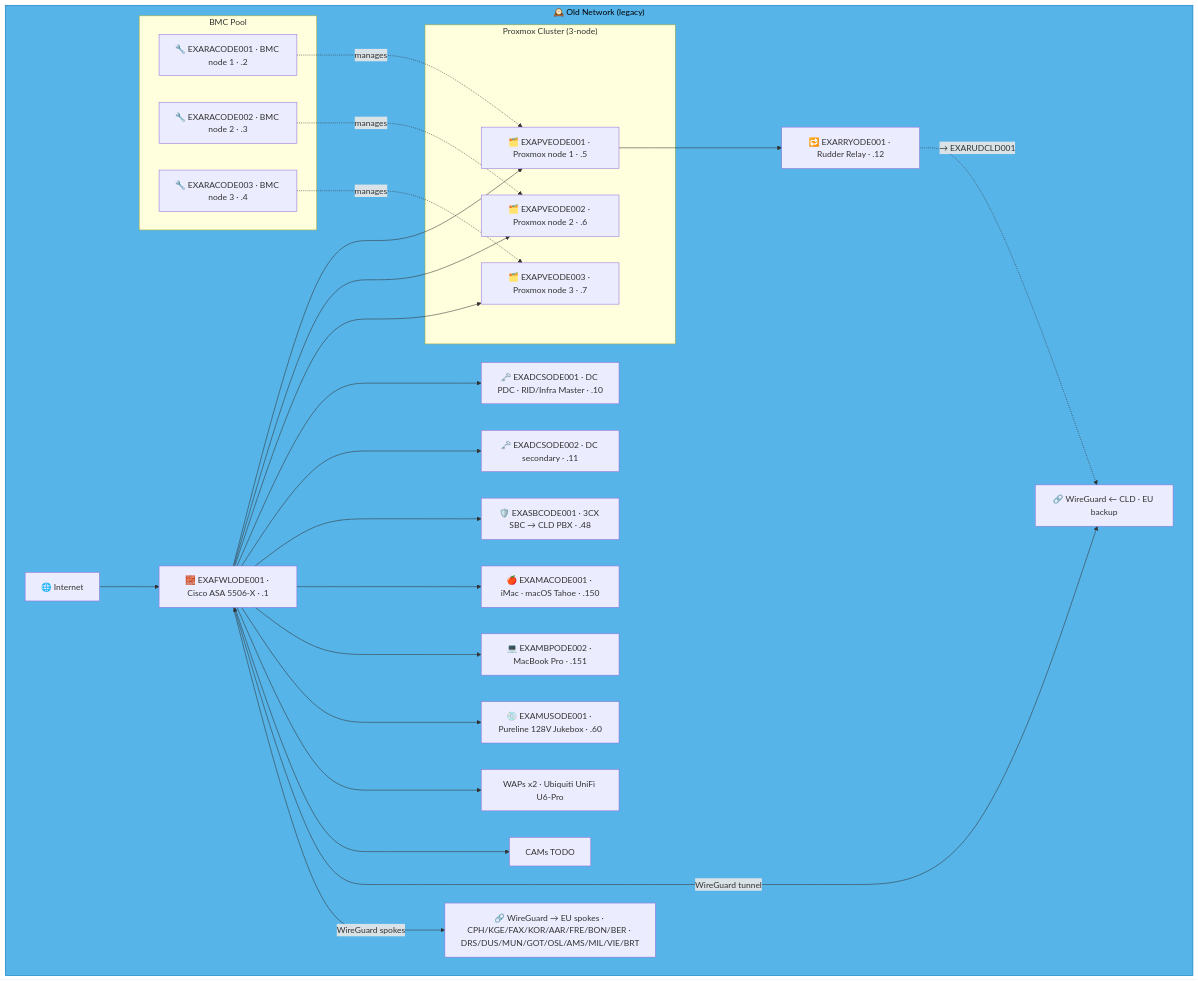
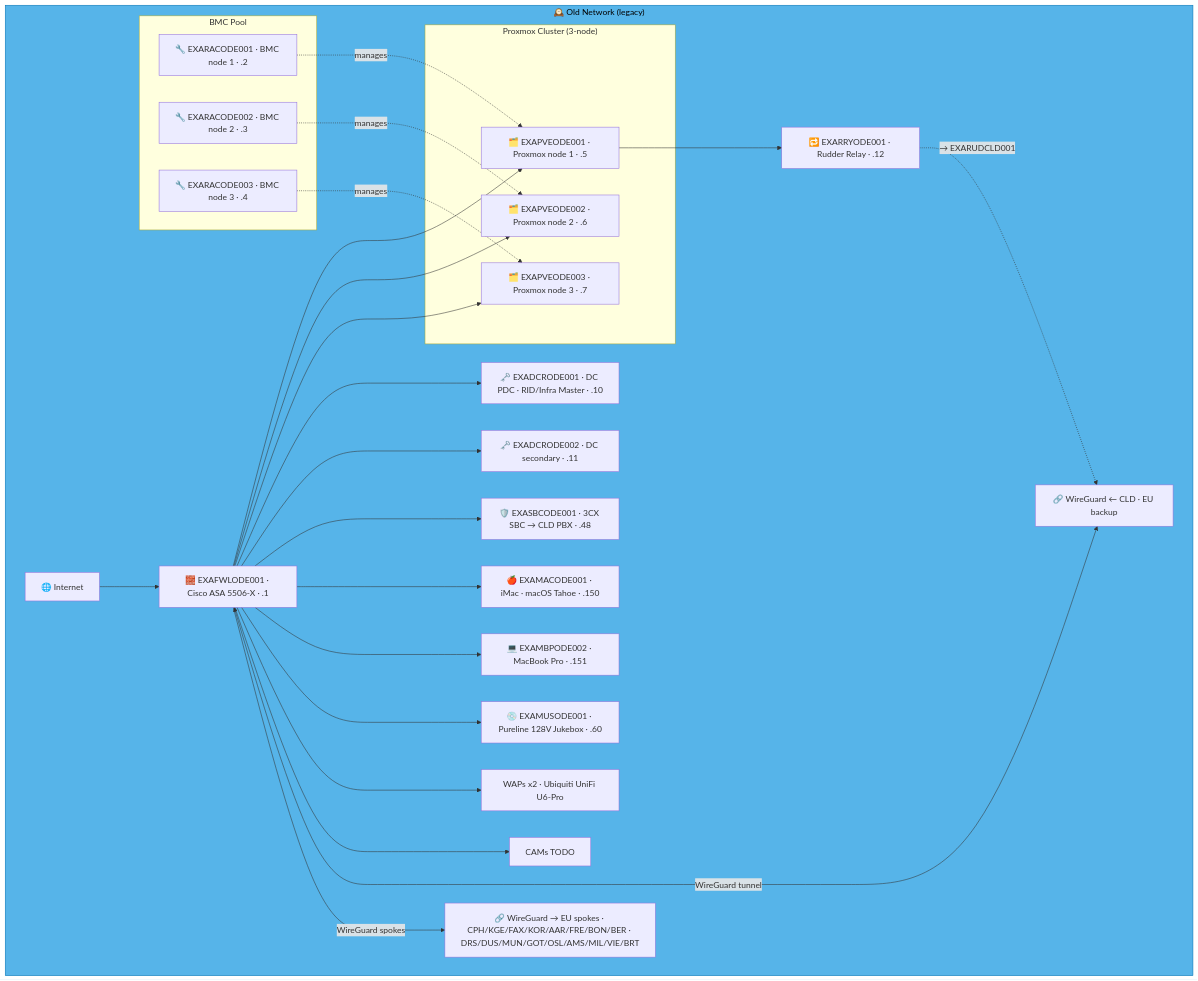
Before and after one commit to knightmare2600/example_music_infra: the fifth of 23 diagrams in docs/network-diagram/danmark.md, drawn with Mermaid. The commit also changed other lines of this file and 8 other files, not shown here.

````diff
--- a/docs/network-diagram/danmark.md
+++ b/docs/network-diagram/danmark.md
@@ -231,45 +219,45 @@
 ```mermaid
 graph TD
     subgraph OLD_ODE ["🕰️ Old Network (legacy)"]
       INET["🌐 Internet"]
       FWL["🧱 EXAFWLODE001 · Cisco ASA 5506-X · .1"]
 
       subgraph BMC ["BMC Pool"]
           RAC1["🔧 EXARACODE001 · BMC node 1 · .2"]
           RAC2["🔧 EXARACODE002 · BMC node 2 · .3"]
           RAC3["🔧 EXARACODE003 · BMC node 3 · .4"]
       end
 
       subgraph PVE ["Proxmox Cluster (3-node)"]
           PVE1["🗂️ EXAPVEODE001 · Proxmox node 1 · .5"]
           PVE2["🗂️ EXAPVEODE002 · Proxmox node 2 · .6"]
           PVE3["🗂️ EXAPVEODE003 · Proxmox node 3 · .7"]
       end
 
-      DC1["🗝️ EXADCSODE001 · DC PDC · RID/Infra Master · .10"]
-      DC2["🗝️ EXADCSODE002 · DC secondary · .11"]
+      DC1["🗝️ EXADCRODE001 · DC PDC · RID/Infra Master · .10"]
+      DC2["🗝️ EXADCRODE002 · DC secondary · .11"]
       SBC["🛡️ EXASBCODE001 · 3CX SBC → CLD PBX · .48"]
       RRY["🔁 EXARRYODE001 · Rudder Relay · .12"]
       MAC["🍎 EXAMACODE001 · iMac · macOS Tahoe · .150"]
       MBP["💻 EXAMBPODE002 · MacBook Pro · .151"]
       JKB["💿 EXAMUSODE001 · Pureline 128V Jukebox · .60"]
       WAP["WAPs x2 · Ubiquiti UniFi U6-Pro"]
       CAM["CAMs TODO"]
       VPN_CLD["🔗 WireGuard ← CLD · EU backup"]
       VPN_EU["🔗 WireGuard → EU spokes · CPH/KGE/FAX/KOR/AAR/FRE/BON/BER · DRS/DUS/MUN/GOT/OSL/AMS/MIL/VIE/BRT"]
 
       INET --> FWL
       FWL --> PVE1 & PVE2 & PVE3
       FWL --> DC1 & DC2 & SBC
       RAC1 -.->|"manages"| PVE1
       RAC2 -.->|"manages"| PVE2
       RAC3 -.->|"manages"| PVE3
       FWL --> MAC & MBP & JKB & WAP & CAM
       FWL <-->|"WireGuard tunnel"| VPN_CLD
       FWL -->|"WireGuard spokes"| VPN_EU
 
       PVE1 --> RRY
       RRY -. "→ EXARUDCLD001" .-> VPN_CLD
     end
     style OLD_ODE fill:#56B4E9,stroke:#0072B2,color:#000000
 ```
````
